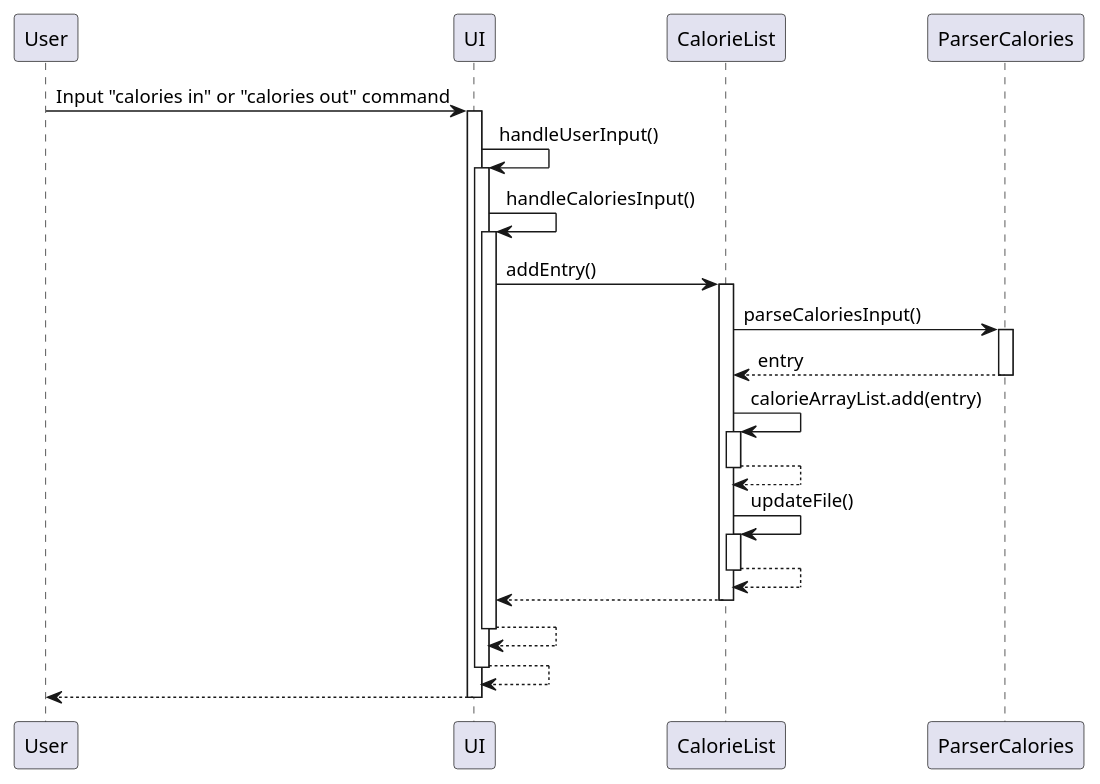
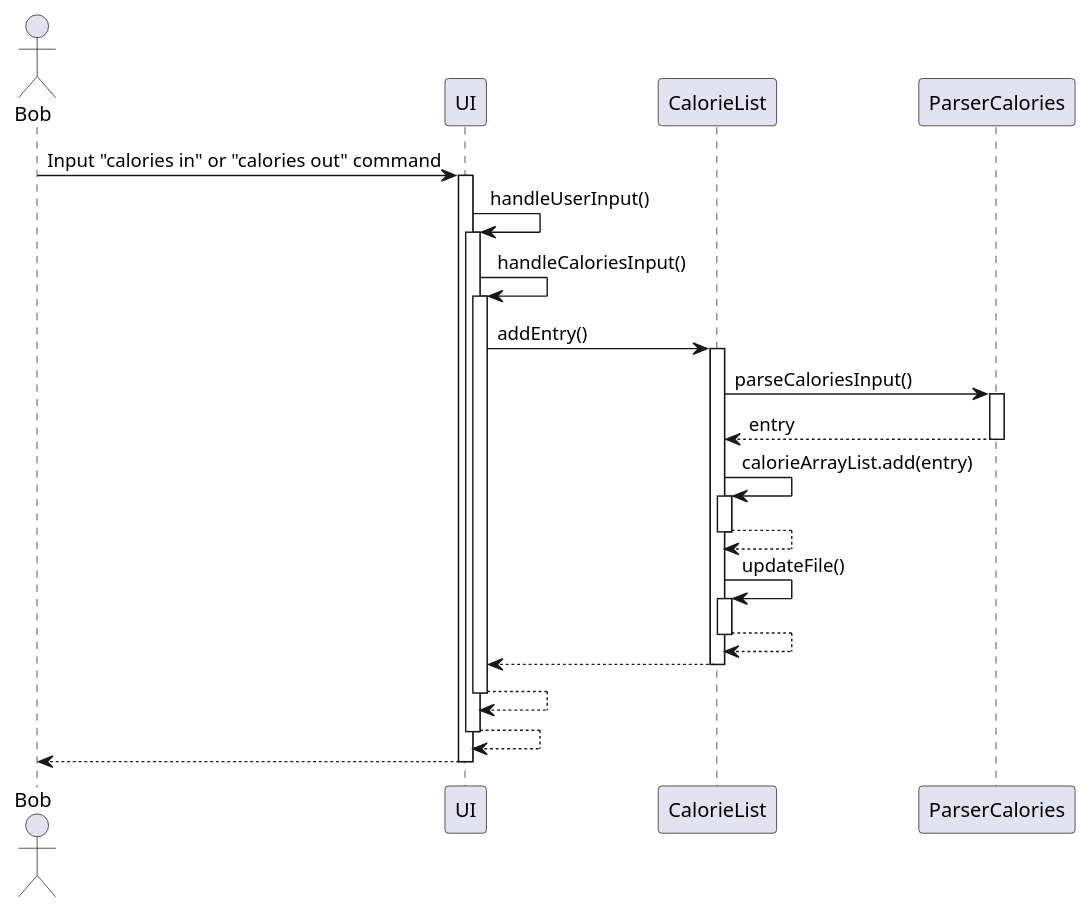
The diagram in docs/CaloriesAddEntrySeqDiagram.puml (AY2324S2-CS2113-T15-1/tp), drawn with PlantUML before and after one commit.

Commit message:
Add actor in plantUML for wei xiang

```diff
--- a/docs/CaloriesAddEntrySeqDiagram.puml
+++ b/docs/CaloriesAddEntrySeqDiagram.puml
@@ -1,31 +1,32 @@
 @startuml
-User -> UI: Input "calories in" or "calories out" command
+actor Bob
+Bob -> UI: Input "calories in" or "calories out" command
 activate UI
 
 UI -> UI: handleUserInput()
 activate UI
 
 UI -> UI: handleCaloriesInput()
 activate UI
 
 UI -> CalorieList: addEntry()
 activate CalorieList
 
 CalorieList -> ParserCalories: parseCaloriesInput()
 activate ParserCalories
 return entry
 
 CalorieList -> CalorieList: calorieArrayList.add(entry)
 activate CalorieList
 return
 
 CalorieList -> CalorieList: updateFile()
 activate CalorieList
 return
 
 return
 return
 return
 return
 
 @enduml
```
